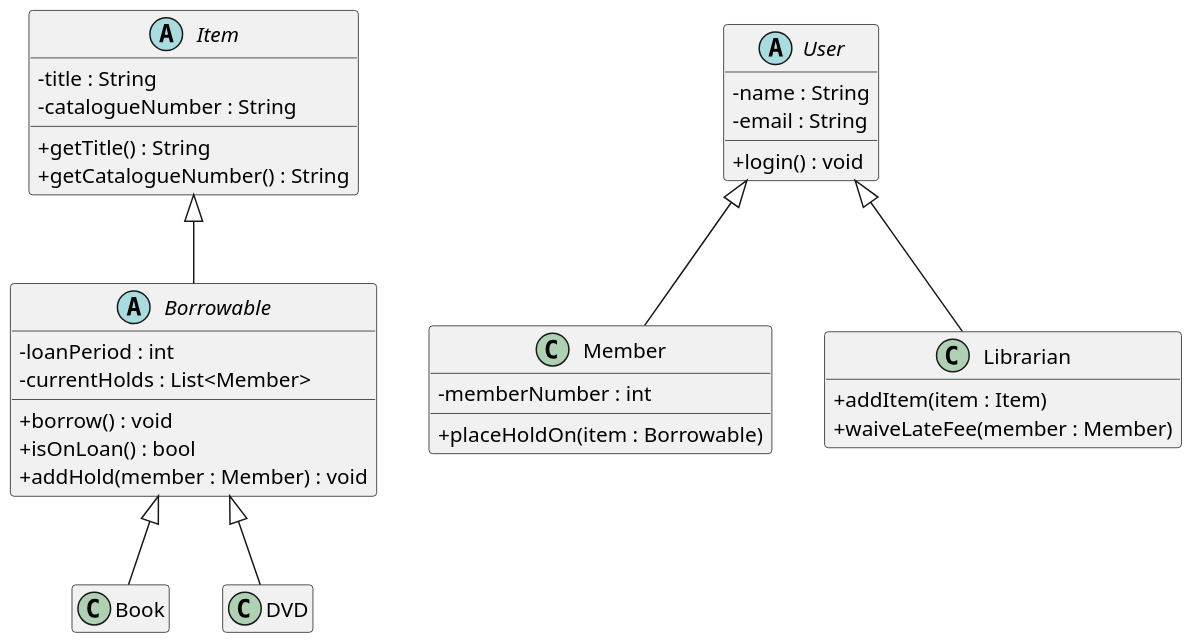
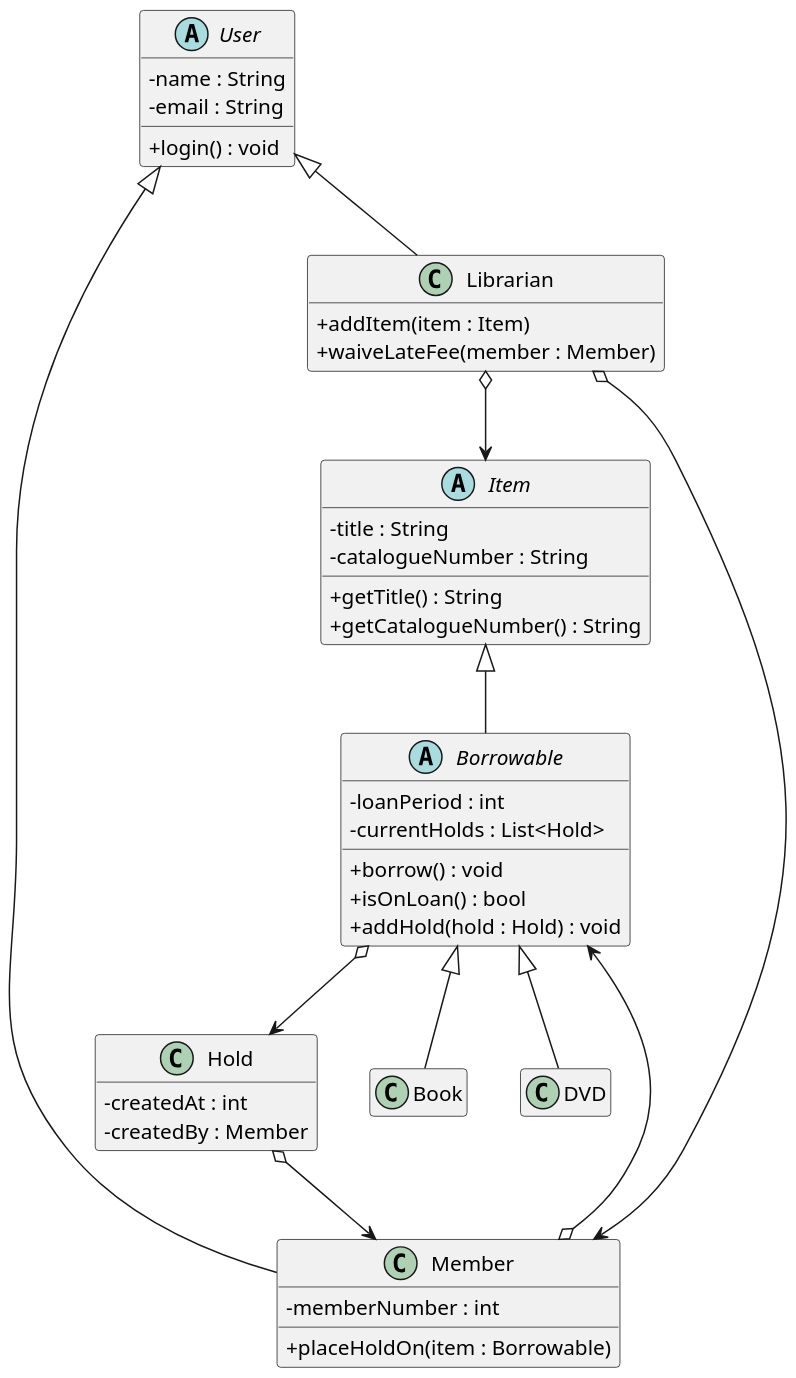
The diagram in plantuml/exercises/library-uml-starter.puml (Mr25300/207-course-notes), drawn with PlantUML before and after one commit.

Commit message:
Improve library uml

```diff
--- a/plantuml/exercises/library-uml-starter.puml
+++ b/plantuml/exercises/library-uml-starter.puml
@@ -1,64 +1,74 @@
 @startuml
 skinparam dpi 150
 skinparam classAttributeIconSize 0
 hide empty members
 
 ' Your task (Chapter 8, Question 1): draw the UML class diagram for the library
 ' specification — items, books, DVDs, reference-only items, members, librarians,
 ' and holds.
 '
 ' Define each type as a box, then connect them with the right arrows. One box
 ' (Item) is filled in as an example — decide on the rest yourself. There is more
 ' than one defensible answer.
 '
 ' PlantUML cheat-sheet:
 '   interface Name { + method() : Type }
 '   abstract class Name { # field : Type }
 '   class Name { - field : Type }
 '   Parent    <|-- Child    ' generalization: Child extends Parent
 '   Interface <|.. Class    ' realization:    Class implements Interface
 ' (Putting the parent/interface on the LEFT of the arrow keeps it on top, which
 '  is the convention used in these notes.)
 
 abstract class Item {
   - title : String
   - catalogueNumber : String
   + getTitle() : String
   + getCatalogueNumber() : String
 }
 
 abstract class Borrowable {
   - loanPeriod : int
-  - currentHolds : List<Member>
+  - currentHolds : List<Hold>
   + borrow() : void
   + isOnLoan() : bool
-  + addHold(member : Member) : void
+  + addHold(hold : Hold) : void
 }
 
-class Book {}
-class DVD {}
+class Hold {
+  - createdAt : int
+  - createdBy : Member
+}
 
 Item <|-- Borrowable
 Borrowable <|-- Book
 Borrowable <|-- DVD
+Borrowable o--> Hold
+Hold o--> Member
+
+class Book {}
+class DVD {}
 
 abstract class User {
   - name : String
   - email : String
   + login() : void
 }
 
 class Member {
   - memberNumber : int
   + placeHoldOn(item : Borrowable)
 }
 
 class Librarian {
   + addItem(item : Item)
   + waiveLateFee(member : Member)
 }
 
 User <|-- Member
 User <|-- Librarian
+Member o--> Borrowable
+Librarian o--> Member
+Librarian o--> Item
 
 @enduml
```
